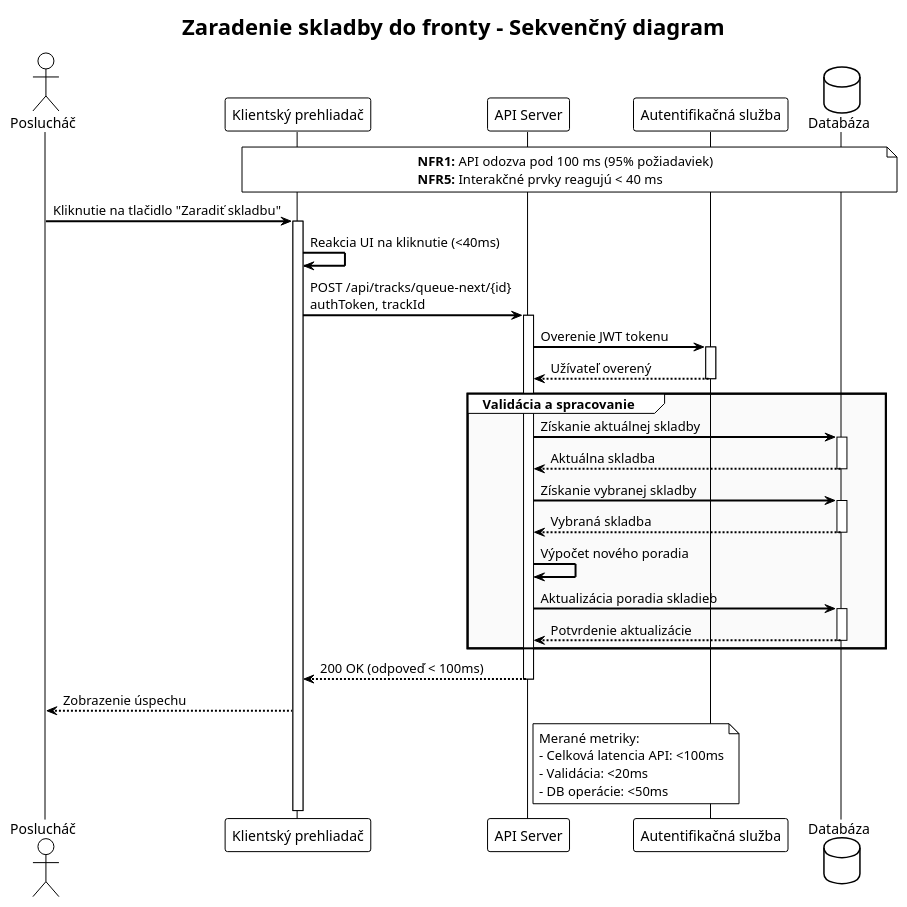
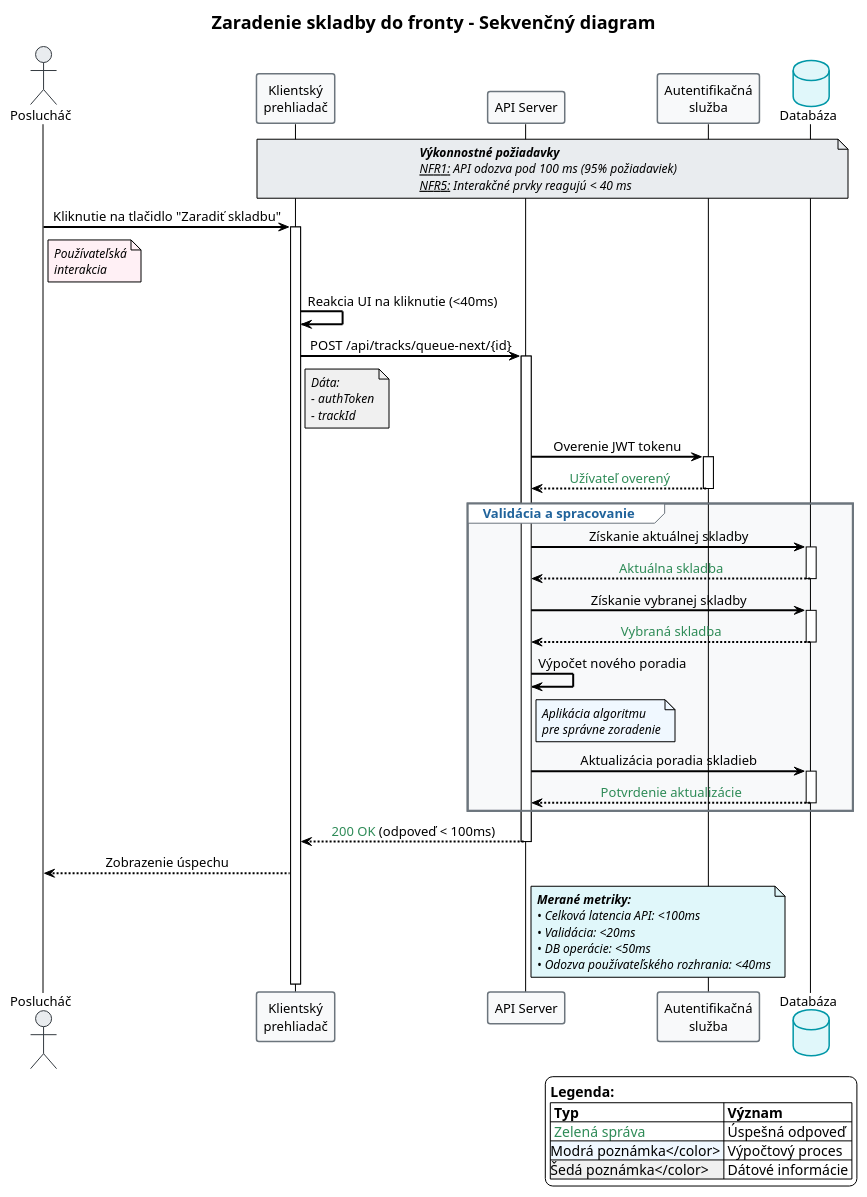
Before and after one commit to Aspergillusplay/radio-app: the diagram in server/public/radio_system_sequence_diagram.puml, drawn with PlantUML. The commit also changed 1 other file, not shown here.

Commit message:
plant UML update

```diff
--- a/server/public/radio_system_sequence_diagram.puml
+++ b/server/public/radio_system_sequence_diagram.puml
@@ -1,55 +1,98 @@
 @startuml radio_system_sequence_diagram
 
 !theme plain
 skinparam backgroundColor white
 skinparam sequenceArrowThickness 2
-skinparam participantBorderThickness 1
+skinparam participantBorderThickness 1.5
 skinparam noteBorderThickness 1
-skinparam BoxPadding 10
+skinparam BoxPadding 15
 skinparam sequenceGroupBorderThickness 2
-skinparam sequenceGroupBodyBackgroundColor #FAFAFA
+skinparam sequenceGroupBodyBackgroundColor #F8F9FA
+skinparam sequenceGroupBorderColor #6C757D
+skinparam sequenceMessageAlign center
+skinparam responseMessageBelowArrow true
+
+skinparam defaultFontName Arial
+skinparam defaultFontSize 13
+skinparam titleFontSize 18
+skinparam titleFontStyle bold
+skinparam noteFontSize 12
+skinparam noteFontStyle italic
+skinparam groupFontStyle bold
+
+skinparam ActorBackgroundColor #E9ECEF
+skinparam ActorBorderColor #343A40
+skinparam ParticipantBackgroundColor #F8F9FA
+skinparam ParticipantBorderColor #6C757D
+skinparam DatabaseBackgroundColor #E0F7FA
+skinparam DatabaseBorderColor #0097A7
 
 title Zaradenie skladby do fronty - Sekvenčný diagram
 
-actor Poslucháč as user
-participant "Klientský prehliadač" as browser
-participant "API Server" as api
-participant "Autentifikačná služba" as auth
-database "Databáza" as db
+actor "Poslucháč" as user #E9ECEF
+participant "Klientský\nprehliadač" as browser #F8F9FA
+participant "API Server" as api #F8F9FA
+participant "Autentifikačná\nslužba" as auth #F8F9FA
+database "Databáza" as db #E0F7FA
 
-note over browser, db
-  <b>NFR1:</b> API odozva pod 100 ms (95% požiadaviek)
-  <b>NFR5:</b> Interakčné prvky reagujú < 40 ms
+note over browser, db #E9ECEF
+  <b>Výkonnostné požiadavky</b>
+  <u>NFR1:</u> API odozva pod 100 ms (95% požiadaviek)
+  <u>NFR5:</u> Interakčné prvky reagujú < 40 ms
 end note
 
 user -> browser ++: Kliknutie na tlačidlo "Zaradiť skladbu"
+note right of user #FFF0F5
+  Používateľská
+  interakcia
+end note
+
 browser -> browser: Reakcia UI na kliknutie (<40ms)
 
-browser -> api ++: POST /api/tracks/queue-next/{id}\nauthToken, trackId
+browser -> api ++: POST /api/tracks/queue-next/{id}
+note right of browser #F0F0F0
+  Dáta:
+  - authToken
+  - trackId
+end note
+
 api -> auth ++: Overenie JWT tokenu
-auth --> api --: Užívateľ overený
+auth --> api --: <color #2E8B57>Užívateľ overený</color>
 
-group Validácia a spracovanie
+group <color #20639B>Validácia a spracovanie</color>
   api -> db ++: Získanie aktuálnej skladby
-  db --> api --: Aktuálna skladba
+  db --> api --: <color #2E8B57>Aktuálna skladba</color>
 
   api -> db ++: Získanie vybranej skladby
-  db --> api --: Vybraná skladba
+  db --> api --: <color #2E8B57>Vybraná skladba</color>
 
   api -> api: Výpočet nového poradia
+  note right of api #F0F8FF
+    Aplikácia algoritmu
+    pre správne zoradenie
+  end note
 
   api -> db ++: Aktualizácia poradia skladieb
-  db --> api --: Potvrdenie aktualizácie
+  db --> api --: <color #2E8B57>Potvrdenie aktualizácie</color>
 end group
 
-api --> browser --: 200 OK (odpoveď < 100ms)
+api --> browser --: <color #2E8B57>200 OK</color> (odpoveď < 100ms)
 browser --> user: Zobrazenie úspechu
 
-note right of api
-  Merané metriky:
-  - Celková latencia API: <100ms
-  - Validácia: <20ms
-  - DB operácie: <50ms
+note right of api #E0F7FA
+  <b>Merané metriky:</b>
+  • Celková latencia API: <100ms
+  • Validácia: <20ms
+  • DB operácie: <50ms
+  • Odozva používateľského rozhrania: <40ms
 end note
 
+legend right
+  <b>Legenda:</b>
+  |= Typ |= Význam |
+  | <color #2E8B57>Zelená správa</color> | Úspešná odpoveď |
+  | <#F0F8FF>Modrá poznámka</color> | Výpočtový proces |
+  | <#F0F0F0>Šedá poznámka</color> | Dátové informácie |
+endlegend
+
 @enduml
```
